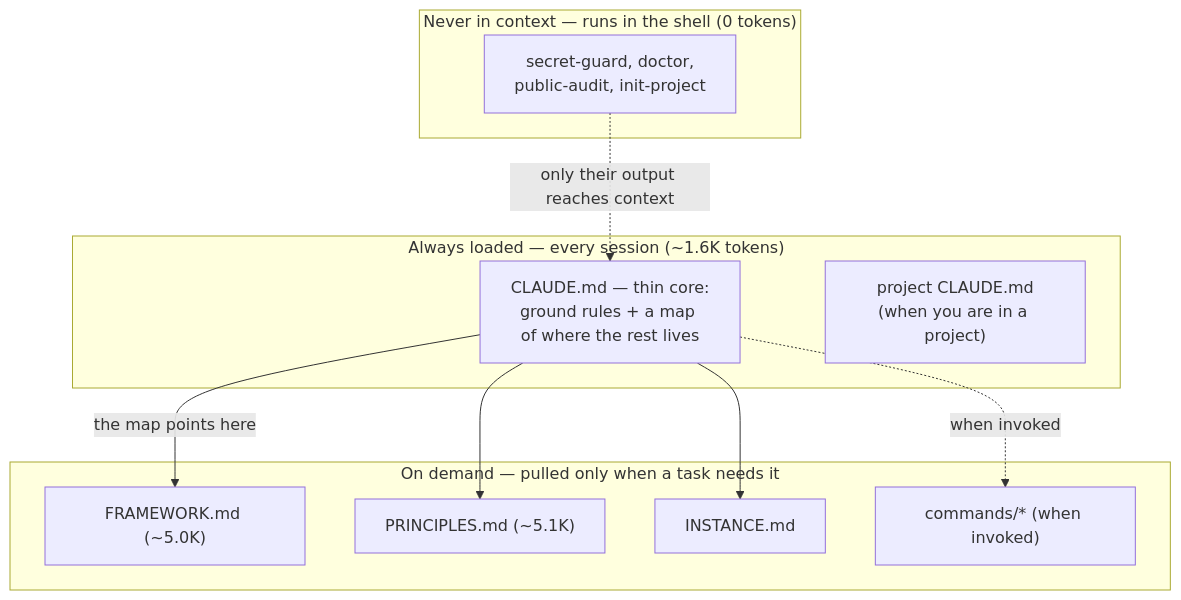
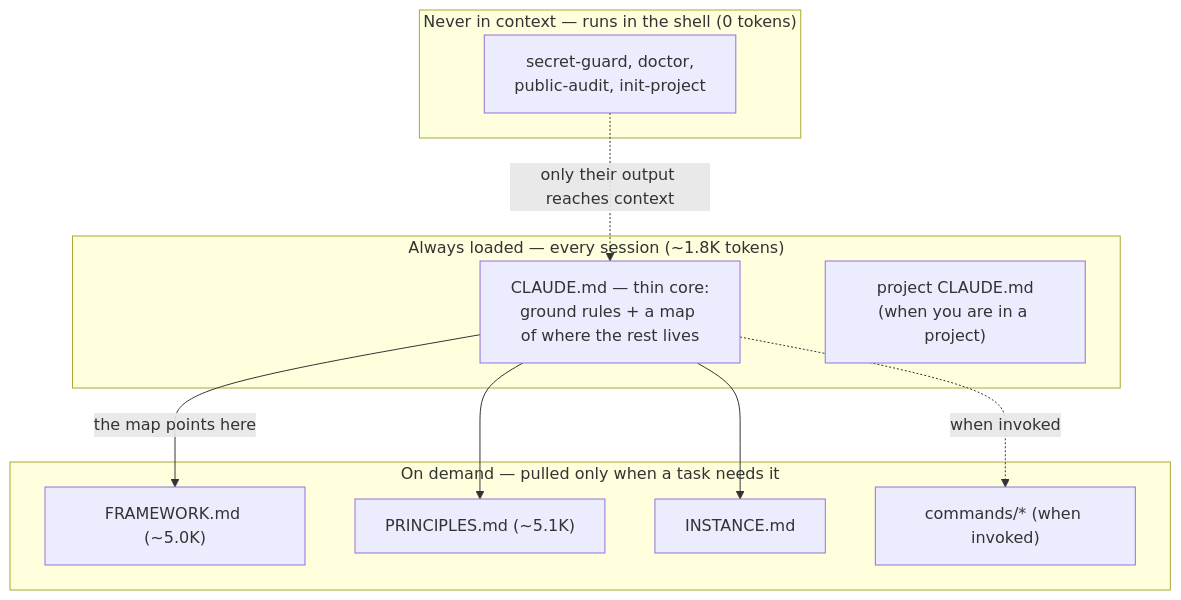
Before and after one commit to rockerlabs/keel: the diagram in README.md, drawn with Mermaid. The commit also changed 3 other files, not shown here.

````diff
--- a/README.md
+++ b/README.md
@@ -120,21 +120,21 @@
 ```mermaid
 flowchart TD
-    subgraph always["Always loaded — every session (~1.6K tokens)"]
+    subgraph always["Always loaded — every session (~1.8K tokens)"]
         core["CLAUDE.md — thin core:<br/>ground rules + a map of where the rest lives"]
         proj["project CLAUDE.md<br/>(when you are in a project)"]
     end
     subgraph demand["On demand — pulled only when a task needs it"]
         fw["FRAMEWORK.md (~5.0K)"]
         prin["PRINCIPLES.md (~5.1K)"]
         inst["INSTANCE.md"]
         cmd["commands/* (when invoked)"]
     end
     subgraph never["Never in context — runs in the shell (0 tokens)"]
         tools["secret-guard, doctor,<br/>public-audit, init-project"]
     end
     core -->|the map points here| fw
     core --> prin
     core --> inst
     core -.->|when invoked| cmd
     tools -.->|only their output reaches context| core
 ```
````
